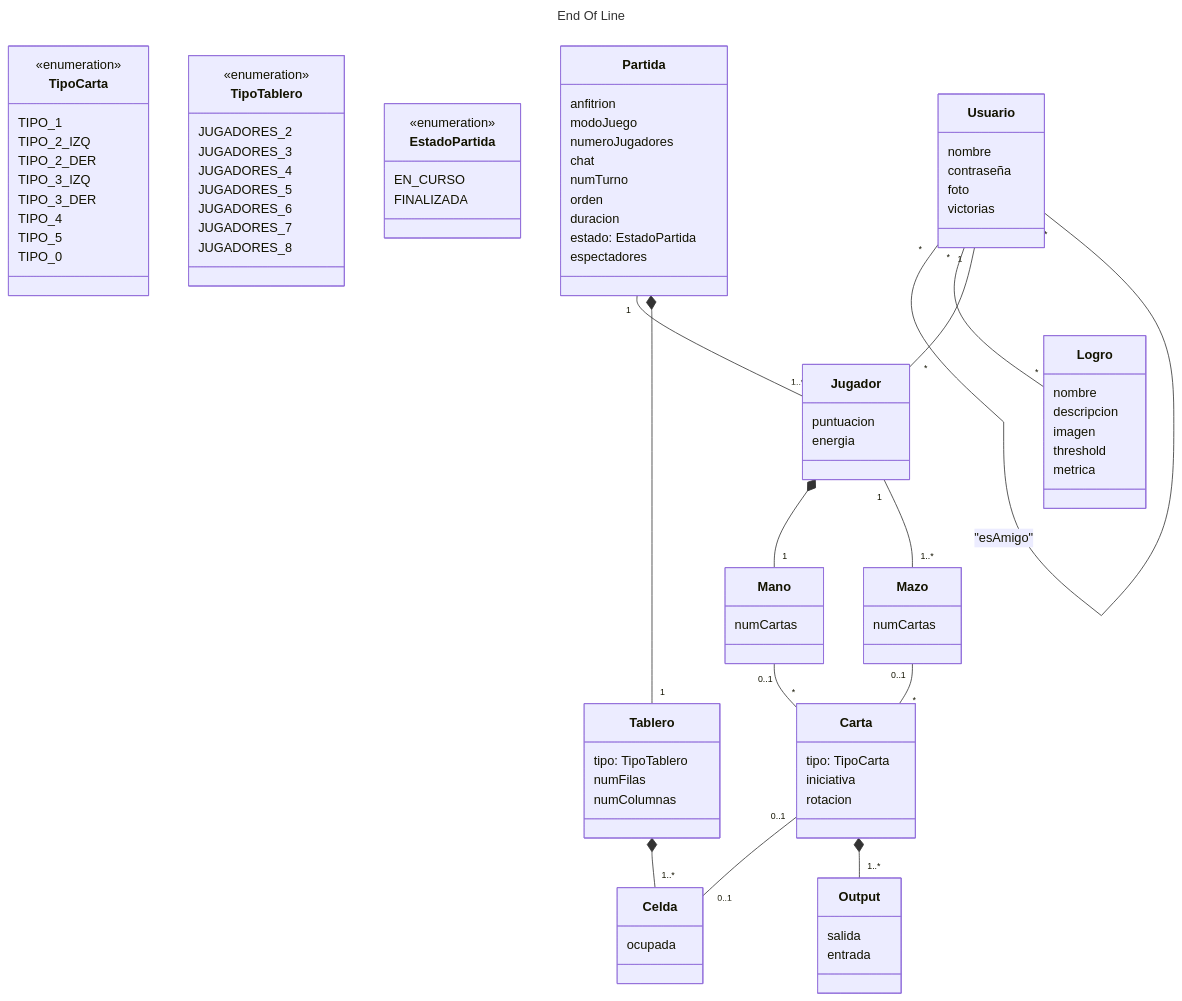
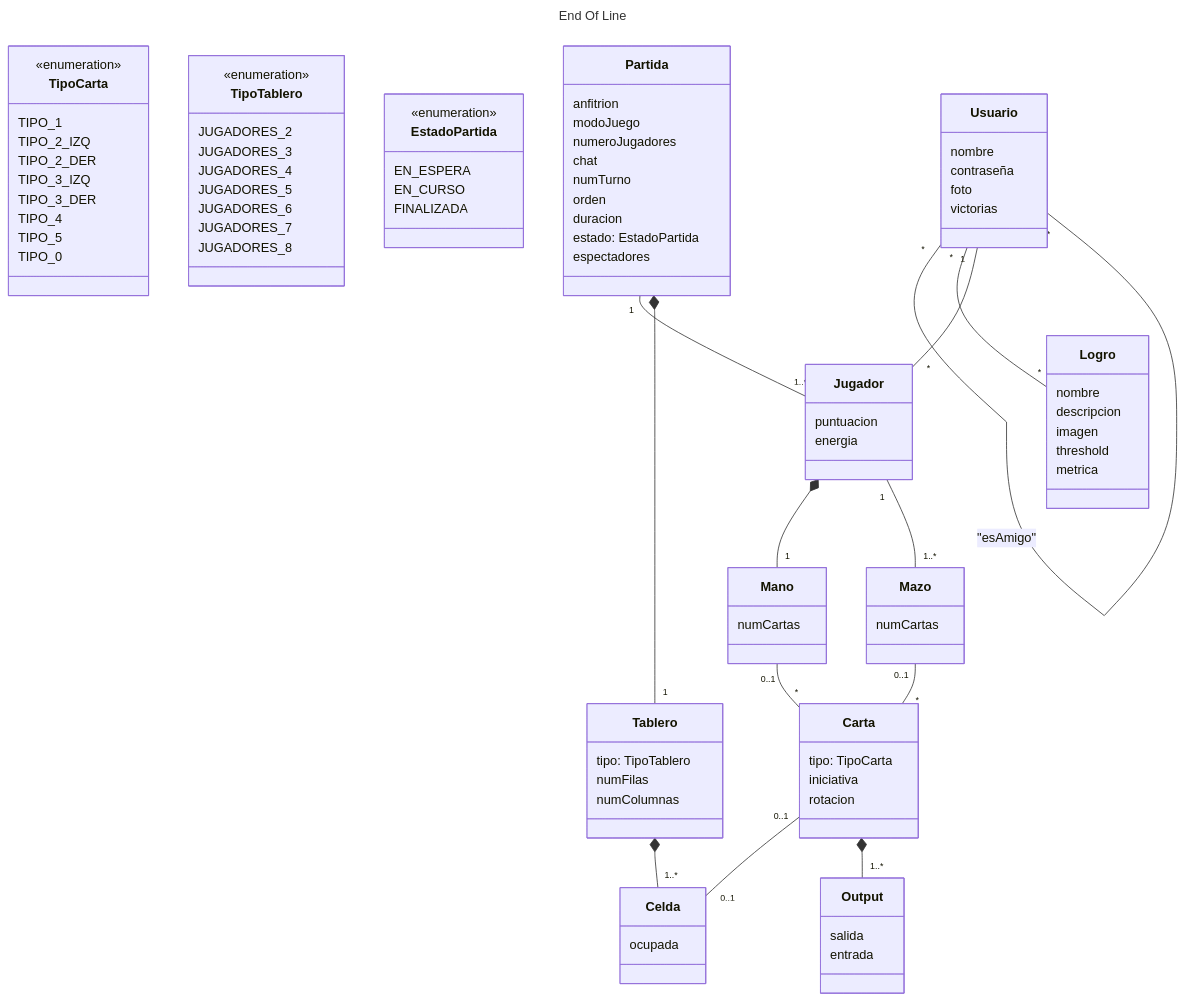
Before and after one commit to danilr16/End-Of-Line: the diagram in docs/deliverables/Análisis de requisitos del sistema.md, drawn with Mermaid. The commit also changed other lines of this file and 31 other files, not shown here.

```diff
--- a/docs/deliverables/Análisis de requisitos del sistema.md
+++ b/docs/deliverables/Análisis de requisitos del sistema.md
@@ -191,6 +197,7 @@
     }
     <<enumeration>> Tipo Tablero
     class Estado Partida {
+        EN_ESPERA
         EN_CURSO
         FINALIZADA
     }
```
